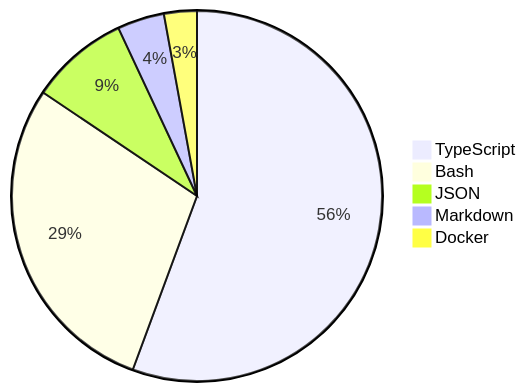
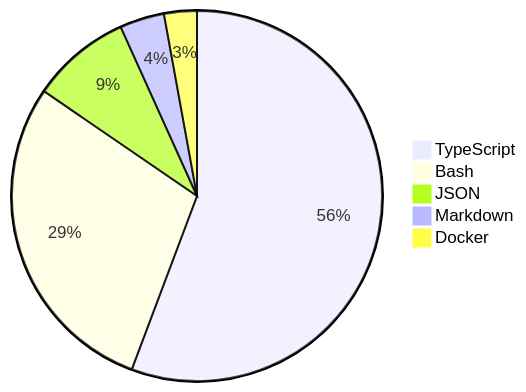
Before and after one commit to skvggor/skvggor: the diagram in README.md, drawn with Mermaid.

Commit message:
Updated waka-readme graph with new metrics

````diff
--- a/README.md
+++ b/README.md
@@ -28,8 +28,8 @@
 ```mermaid
 pie
-    "TypeScript" : 54.3
-    "Bash" : 28.1
-    "JSON" : 8.4
-    "Markdown" : 4.0
+    "TypeScript" : 54.5
+    "Bash" : 28.2
+    "JSON" : 8.5
+    "Markdown" : 3.8
     "Docker" : 2.8
 ```
````
